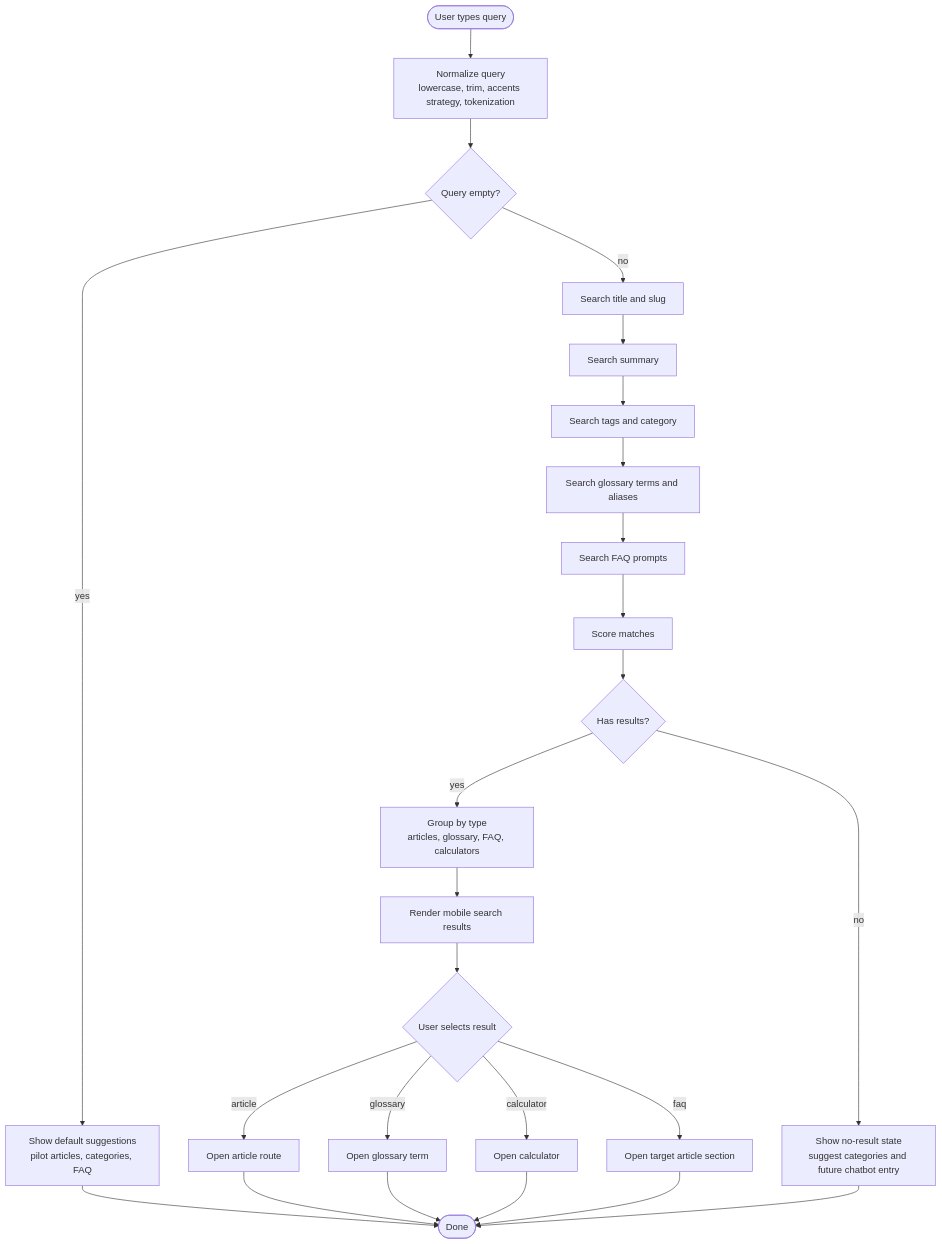
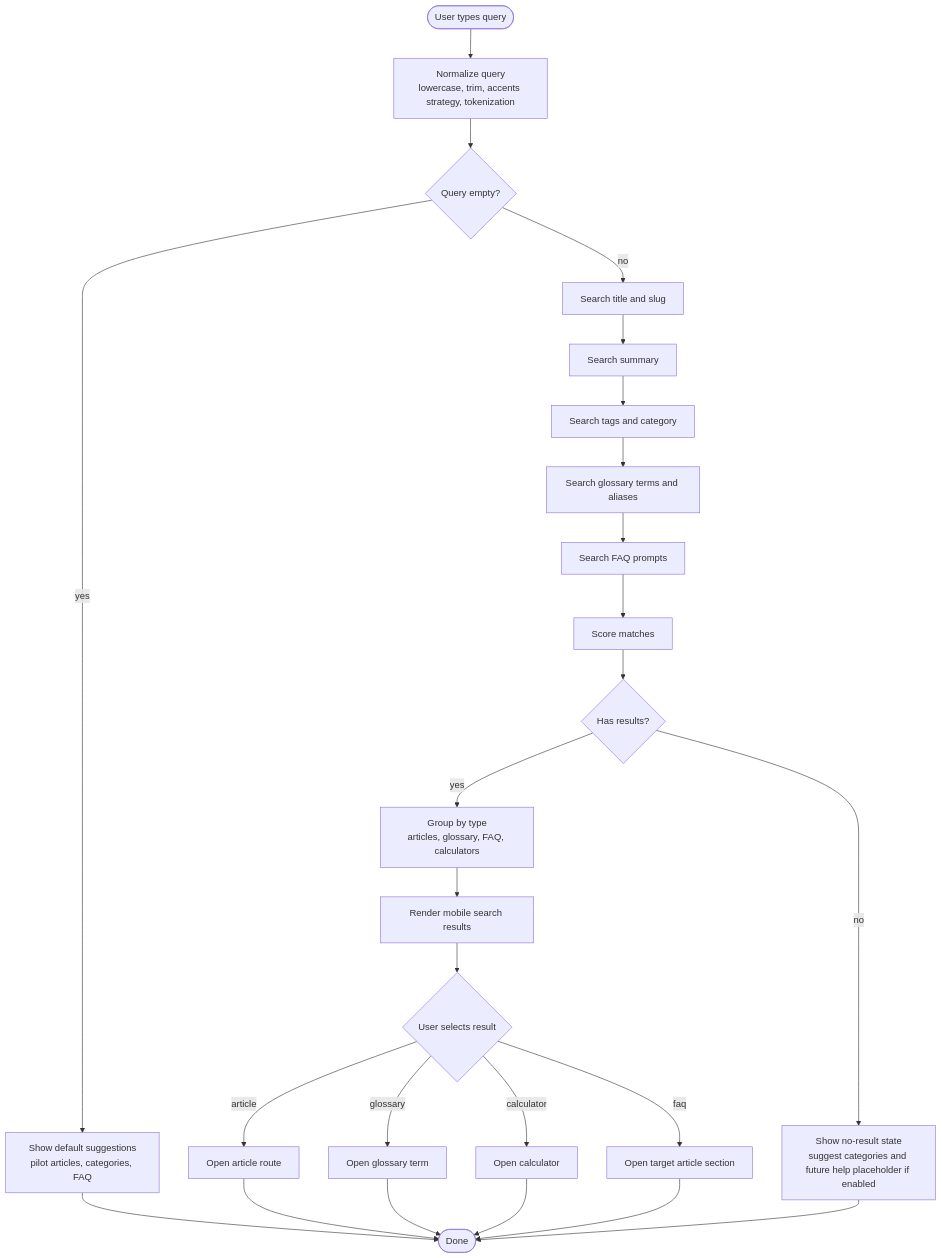
The diagram in docs/architecture/diagrams/academy/08-activity-search.md (benoit-bremaud/brasse-bouillon), drawn with Mermaid before and after one commit. The commit also changed 6 other files, not shown here.

````diff
--- a/docs/architecture/diagrams/academy/08-activity-search.md
+++ b/docs/architecture/diagrams/academy/08-activity-search.md
@@ -13,32 +13,32 @@
 ```mermaid
 flowchart TD
   Start([User types query]) --> Normalize["Normalize query<br/>lowercase, trim, accents strategy, tokenization"]
   Normalize --> Empty{"Query empty?"}
   Empty -->|yes| Suggestions["Show default suggestions<br/>pilot articles, categories, FAQ"]
   Empty -->|no| SearchTitle["Search title and slug"]
 
   SearchTitle --> SearchSummary["Search summary"]
   SearchSummary --> SearchTags["Search tags and category"]
   SearchTags --> SearchGlossary["Search glossary terms and aliases"]
   SearchGlossary --> SearchFaq["Search FAQ prompts"]
 
   SearchFaq --> Score["Score matches"]
   Score --> HasResults{"Has results?"}
 
   HasResults -->|yes| Group["Group by type<br/>articles, glossary, FAQ, calculators"]
   Group --> Render["Render mobile search results"]
   Render --> Open{"User selects result"}
   Open -->|article| Article["Open article route"]
   Open -->|glossary| Glossary["Open glossary term"]
   Open -->|calculator| Calculator["Open calculator"]
   Open -->|faq| FaqTarget["Open target article section"]
 
-  HasResults -->|no| NoResult["Show no-result state<br/>suggest categories and future chatbot entry"]
+  HasResults -->|no| NoResult["Show no-result state<br/>suggest categories and future help placeholder if enabled"]
 
   Suggestions --> End([Done])
   Article --> End
   Glossary --> End
   Calculator --> End
   FaqTarget --> End
   NoResult --> End
 ```
````
